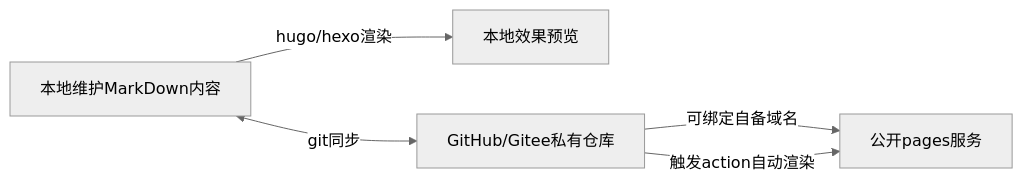
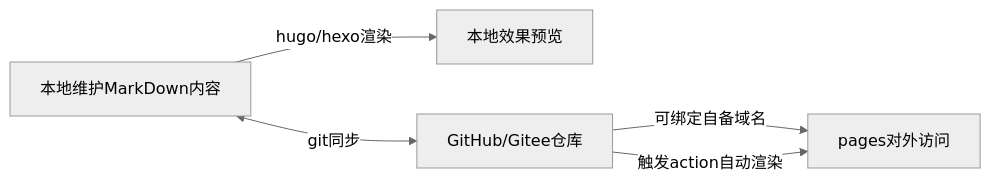
One commit to 828767/action-hexo changed the first of 4 diagrams in source/_posts/guide/how-to-build-site-2.md. Above: the diagram before and after it, drawn with Mermaid (neutral theme). The commit also changed other lines of this file and 11 other files, not shown here.

````diff
--- a/source/_posts/guide/how-to-build-site-2.md
+++ b/source/_posts/guide/how-to-build-site-2.md
@@ -16,6 +16,6 @@
 ```mermaid
  flowchart LR;
    本地维护MarkDown内容 -- hugo/hexo渲染 -->本地效果预览
-   GitHub/Gitee私有仓库 -- 可绑定自备域名 --> 公开pages服务
-   本地维护MarkDown内容 <-- git同步 --> GitHub/Gitee私有仓库 -- 触发action自动渲染 --> 公开pages服务
+   GitHub/Gitee仓库 -- 可绑定自备域名 --> pages对外访问
+   本地维护MarkDown内容 <-- git同步 --> GitHub/Gitee仓库 -- 触发action自动渲染 --> pages对外访问
 ```
````
